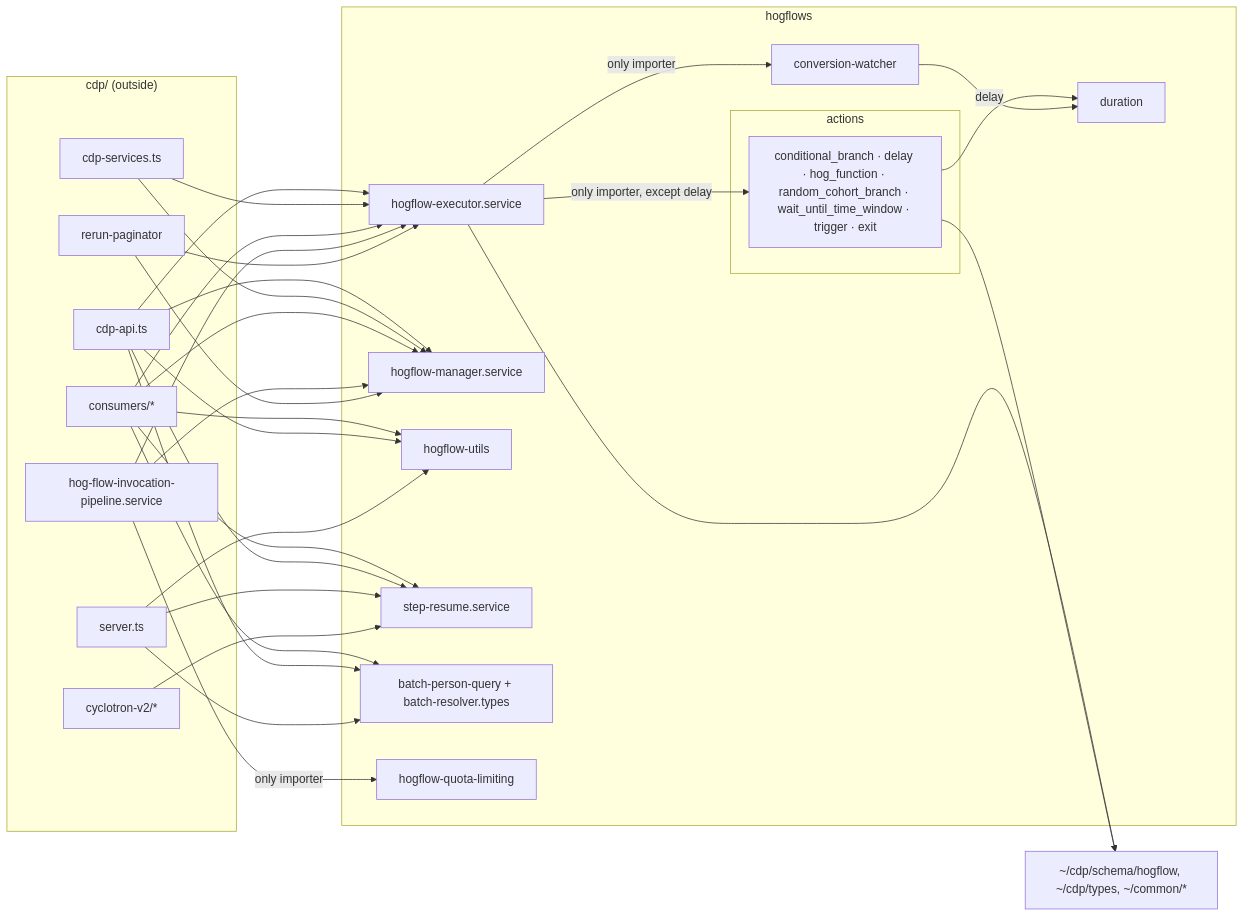
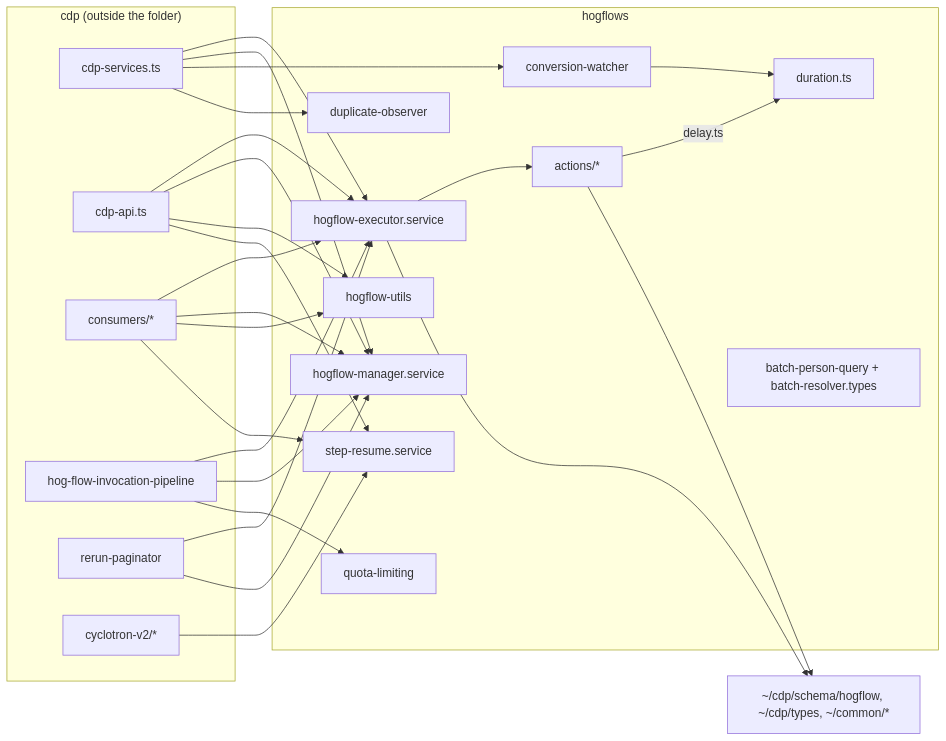
The diagram in docs/dogfood/workflows/typescript/transcript.md (Silthus/uml-pr-review), drawn with Mermaid before and after one commit. The commit also changed other lines of this file and 25 other files, not shown here.

````diff
--- a/docs/dogfood/workflows/typescript/transcript.md
+++ b/docs/dogfood/workflows/typescript/transcript.md
@@ -11,22 +11,33 @@
 ```mermaid
 flowchart LR
-  subgraph outside["cdp/ (outside)"]
-    api[cdp-api.ts]; svc[cdp-services.ts]; cons[consumers/*]; pipe[hog-flow-invocation-pipeline.service]; rerun[rerun-paginator]; cyc[cyclotron-v2/*]; srv[server.ts]
+  subgraph callers["cdp (outside the folder)"]
+    CS[cdp-services.ts] 
+    API[cdp-api.ts]
+    CONS[consumers/*]
+    PIPE[hog-flow-invocation-pipeline]
+    RR[rerun-paginator]
+    CV2[cyclotron-v2/*]
   end
   subgraph hogflows
-    exec[hogflow-executor.service]; mgr[hogflow-manager.service]; utils[hogflow-utils]; sr[step-resume.service]; bpq[batch-person-query + batch-resolver.types]; ql[hogflow-quota-limiting]
-    cw[conversion-watcher]; dur[duration]
-    subgraph actions
-      h[conditional_branch · delay · hog_function · random_cohort_branch · wait_until_time_window · trigger · exit]
-    end
+    EX[hogflow-executor.service]
+    ACT[actions/*]
+    MGR[hogflow-manager.service]
+    UT[hogflow-utils]
+    SR[step-resume.service]
+    DUR[duration.ts]
+    CW[conversion-watcher]
+    DUP[duplicate-observer]
+    QL[quota-limiting]
+    BQ[batch-person-query + batch-resolver.types]
   end
-  api & svc & cons & pipe & rerun --> exec & mgr
-  cons & api & srv --> bpq & utils & sr
-  cyc --> sr
-  pipe -->|only importer| ql
-  exec -->|only importer| cw
-  exec -->|only importer, except delay| h
-  h -->|delay| dur
-  cw --> dur
-  exec & h --> schema["~/cdp/schema/hogflow, ~/cdp/types, ~/common/*"]
+  CS & API & CONS & PIPE & RR --> EX
+  CS & API & CONS & PIPE & RR --> MGR
+  API & CONS --> UT
+  API & CONS & CV2 --> SR
+  PIPE --> QL
+  CS --> CW & DUP
+  EX --> ACT
+  ACT -- delay.ts --> DUR
+  CW --> DUR
+  EX & ACT --> T["~/cdp/schema/hogflow, ~/cdp/types, ~/common/*"]
 ```
````
